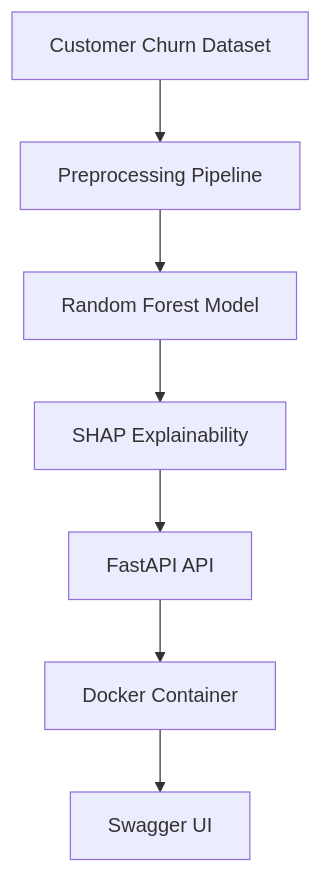
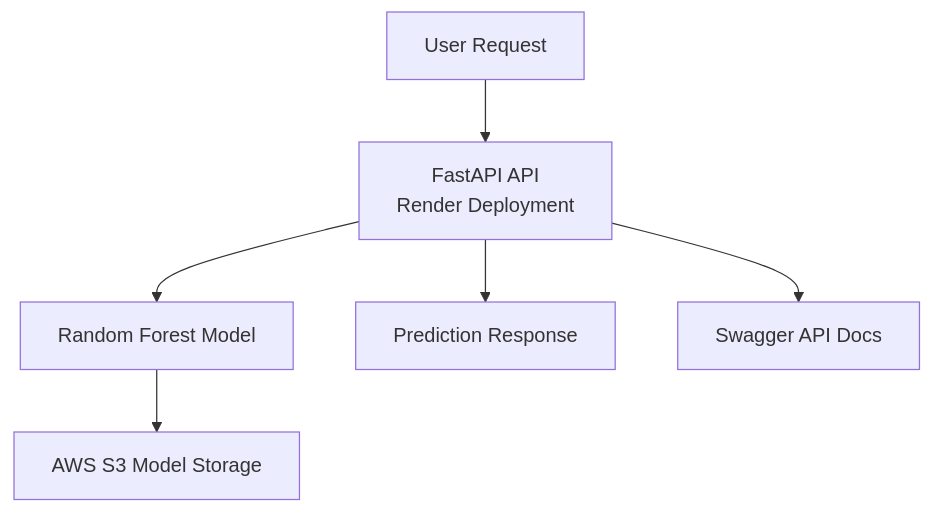
The diagram in README.md (KothaVivekanandhaReddy/customer_churn_ml), drawn with Mermaid before and after one commit. The commit also changed other lines of this file, not shown here.

Commit message:
Update architecture and deployment details

````diff
--- a/README.md
+++ b/README.md
@@ -24,16 +26,14 @@
 ```mermaid
 flowchart TD
 
-A[Customer Churn Dataset]
---> B[Preprocessing Pipeline]
+A[User Request]
+--> B[FastAPI API<br>Render Deployment]
 
 B --> C[Random Forest Model]
 
-C --> D[SHAP Explainability]
+C --> D[AWS S3 Model Storage]
 
-D --> E[FastAPI API]
+B --> E[Prediction Response]
 
-E --> F[Docker Container]
-
-F --> G[Swagger UI]
+B --> F[Swagger API Docs]
 ```
````
